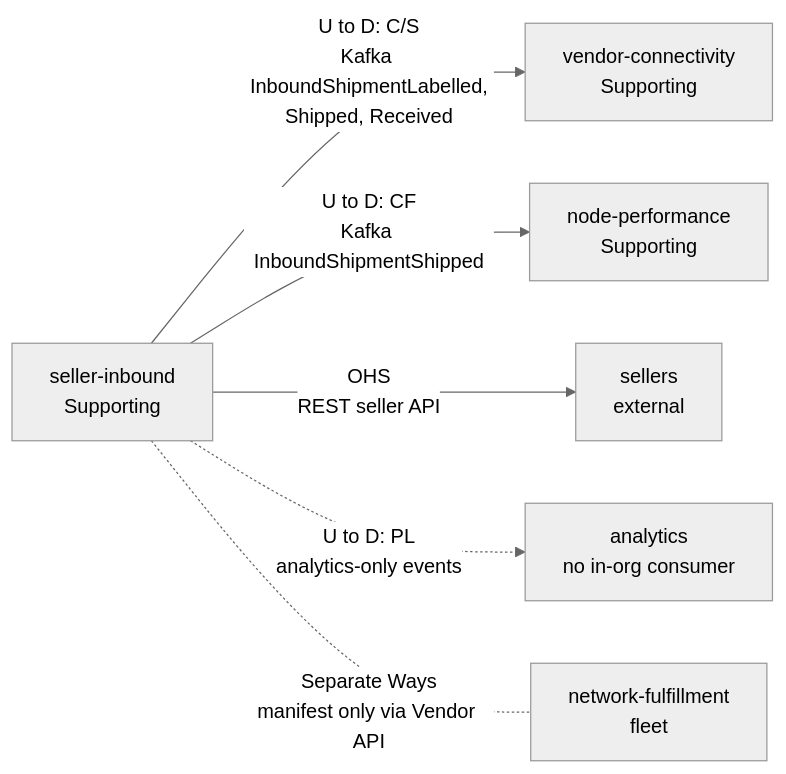
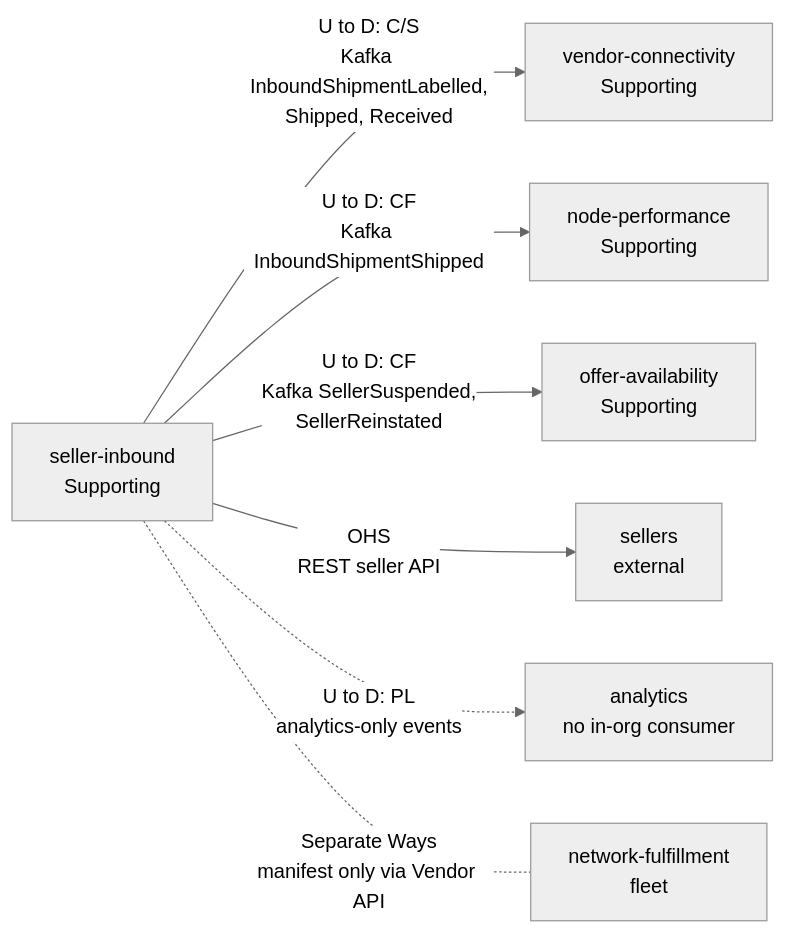
The second of 2 diagrams in docs/docs/ddd/context-map.md (IQVO/seller-inbound), drawn with Mermaid (neutral theme) before and after one commit. The commit also changed other lines of this file and 9 other files, not shown here.

Commit message:
docs: seller status events on the events topic, consumed by offer-availability (ADR 0013)

````diff
--- a/docs/docs/ddd/context-map.md
+++ b/docs/docs/ddd/context-map.md
@@ -32,14 +32,16 @@
 ```mermaid
 flowchart LR
     SI["seller-inbound<br/>Supporting"]
     VC["vendor-connectivity<br/>Supporting"]
     SEL["sellers<br/>external"]
     AN["analytics<br/>no in-org consumer"]
     NF["network-fulfillment<br/>fleet"]
     NP["node-performance<br/>Supporting"]
+    OA["offer-availability<br/>Supporting"]
     SI -->|"U to D: C/S<br/>Kafka InboundShipmentLabelled,<br/>Shipped, Received"| VC
     SI -->|"U to D: CF<br/>Kafka InboundShipmentShipped"| NP
+    SI -->|"U to D: CF<br/>Kafka SellerSuspended,<br/>SellerReinstated"| OA
     SI -->|"OHS<br/>REST seller API"| SEL
     SI -.->|"U to D: PL<br/>analytics-only events"| AN
     SI -. "Separate Ways<br/>manifest only via Vendor API" .- NF
 ```
````
